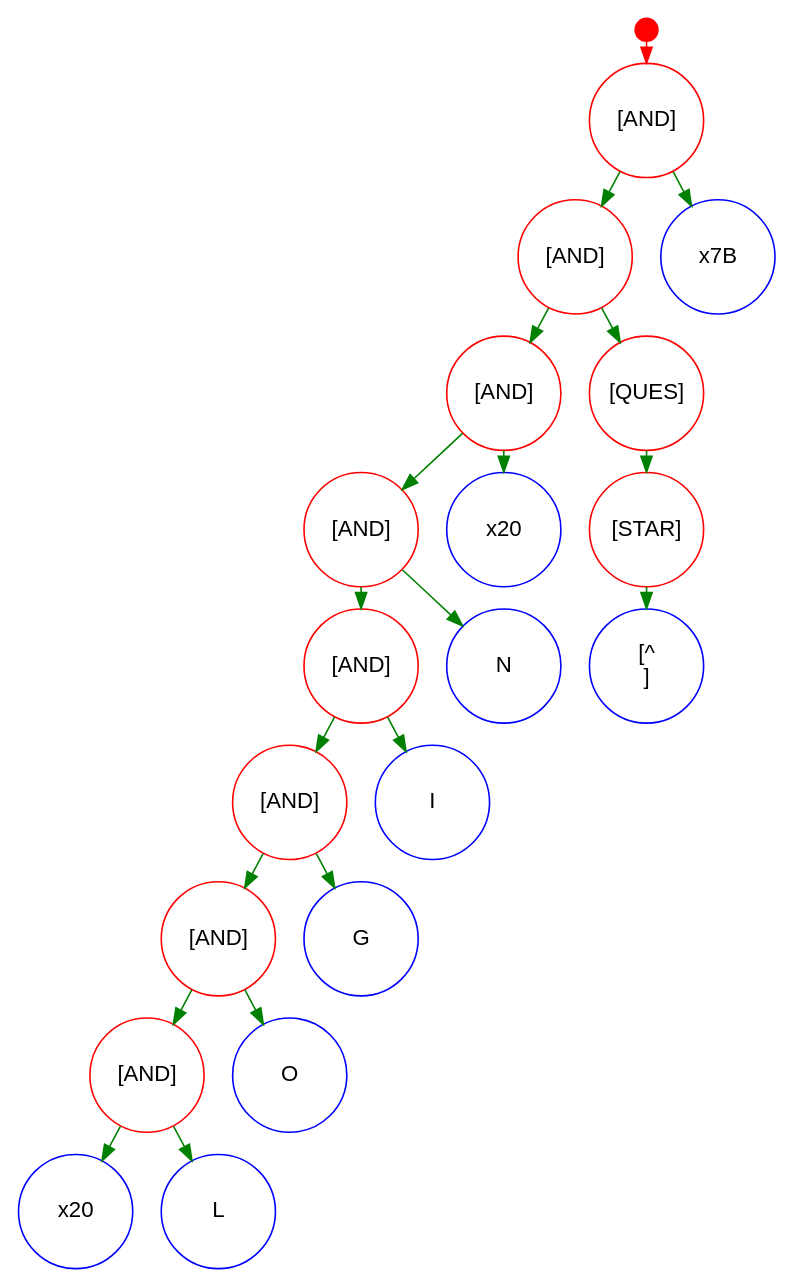
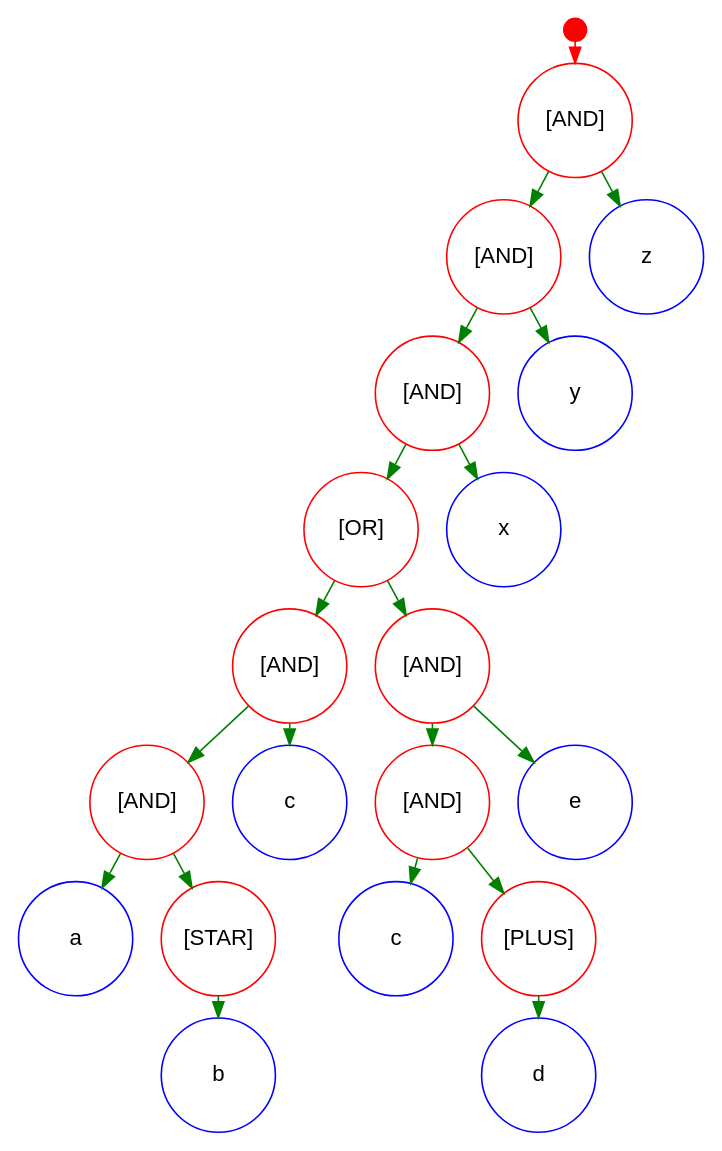
One commit to asohangh/nfaengine changed the diagram in RegExProcessing/dot/parsetree.dot. Above: the diagram before and after it, drawn with Graphviz. The commit also changed 5 other files, not shown here.

```diff
--- a/RegExProcessing/dot/parsetree.dot
+++ b/RegExProcessing/dot/parsetree.dot
@@ -1,46 +1,45 @@
 digraph "parse Tree" {
 graph [ranksep=.2,rankdir=TD];
 node [shape=circle,fontname=Arial,fontsize=14];
 node [width=1,fixedsize=true];
 edge [fontname=Arial,fontsize=14];
 -1 [width=0.2,shape=point color=red];
 -1 -> 0 [ color=red];
 0 [label="[AND]" color=red];
 0 -> 1 [color=green];
 1 [label="[AND]" color=red];
 1 -> 2 [color=green];
 2 [label="[AND]" color=red];
 2 -> 3 [color=green];
-3 [label="[AND]" color=red];
+3 [label="[OR]" color=red];
 3 -> 4 [color=green];
 4 [label="[AND]" color=red];
 4 -> 5 [color=green];
 5 [label="[AND]" color=red];
 5 -> 6 [color=green];
-6 [label="[AND]" color=red];
-6 -> 7 [color=green];
-7 [label="[AND]" color=red];
+6 [label="a" color=blue];
+5 -> 7 [color=green];
+7 [label="[STAR]" color=red];
 7 -> 8 [color=green];
-8 [label="\x20" color=blue];
-7 -> 9 [color=green];
-9 [label="L" color=blue];
-6 -> 10 [color=green];
-10 [label="O" color=blue];
-5 -> 11 [color=green];
-11 [label="G" color=blue];
-4 -> 12 [color=green];
-12 [label="I" color=blue];
-3 -> 13 [color=green];
-13 [label="N" color=blue];
-2 -> 14 [color=green];
-14 [label="\x20" color=blue];
-1 -> 15 [color=green];
-15 [label="[QUES]" color=red];
-15 -> 16 [color=green];
-16 [label="[STAR]" color=red];
-16 -> 17 [color=green];
-17 [label="[^
-]" color=blue];
+8 [label="b" color=blue];
+4 -> 9 [color=green];
+9 [label="c" color=blue];
+3 -> 10 [color=green];
+10 [label="[AND]" color=red];
+10 -> 11 [color=green];
+11 [label="[AND]" color=red];
+11 -> 12 [color=green];
+12 [label="c" color=blue];
+11 -> 13 [color=green];
+13 [label="[PLUS]" color=red];
+13 -> 14 [color=green];
+14 [label="d" color=blue];
+10 -> 15 [color=green];
+15 [label="e" color=blue];
+2 -> 16 [color=green];
+16 [label="x" color=blue];
+1 -> 17 [color=green];
+17 [label="y" color=blue];
 0 -> 18 [color=green];
-18 [label="\x7B" color=blue];
+18 [label="z" color=blue];
 }
```
